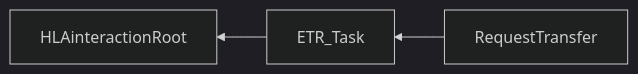
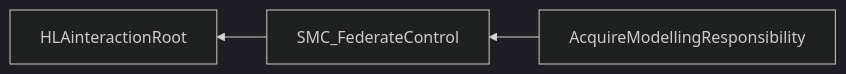
The fifth of 5 diagrams in NETN-TMR.md (AMSP-04/NETN-TMR), drawn with Mermaid (dark theme) before and after one commit. The commit also changed other lines of this file, not shown here.

````diff
--- a/NETN-TMR.md
+++ b/NETN-TMR.md
@@ -136,5 +143,5 @@
 ```mermaid
 graph RL
-ETR_Task-->HLAinteractionRoot
-RequestTransfer-->ETR_Task
+SMC_FederateControl-->HLAinteractionRoot
+AcquireModellingResponsibility-->SMC_FederateControl
 ```
````
